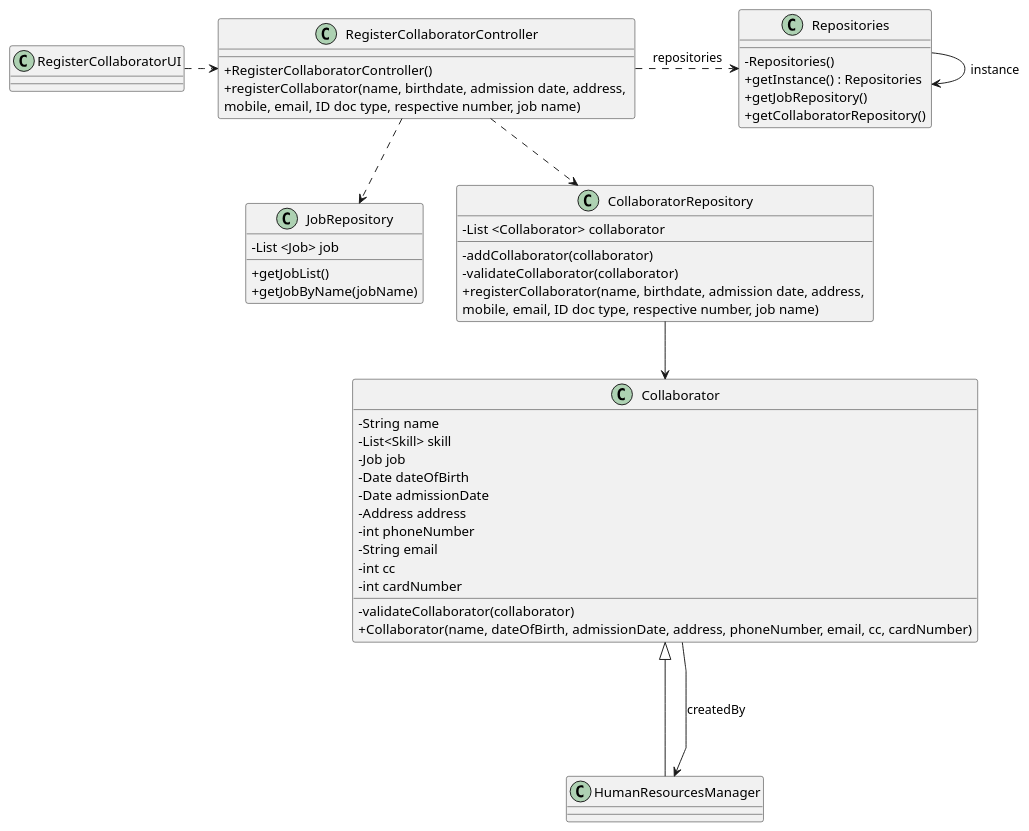
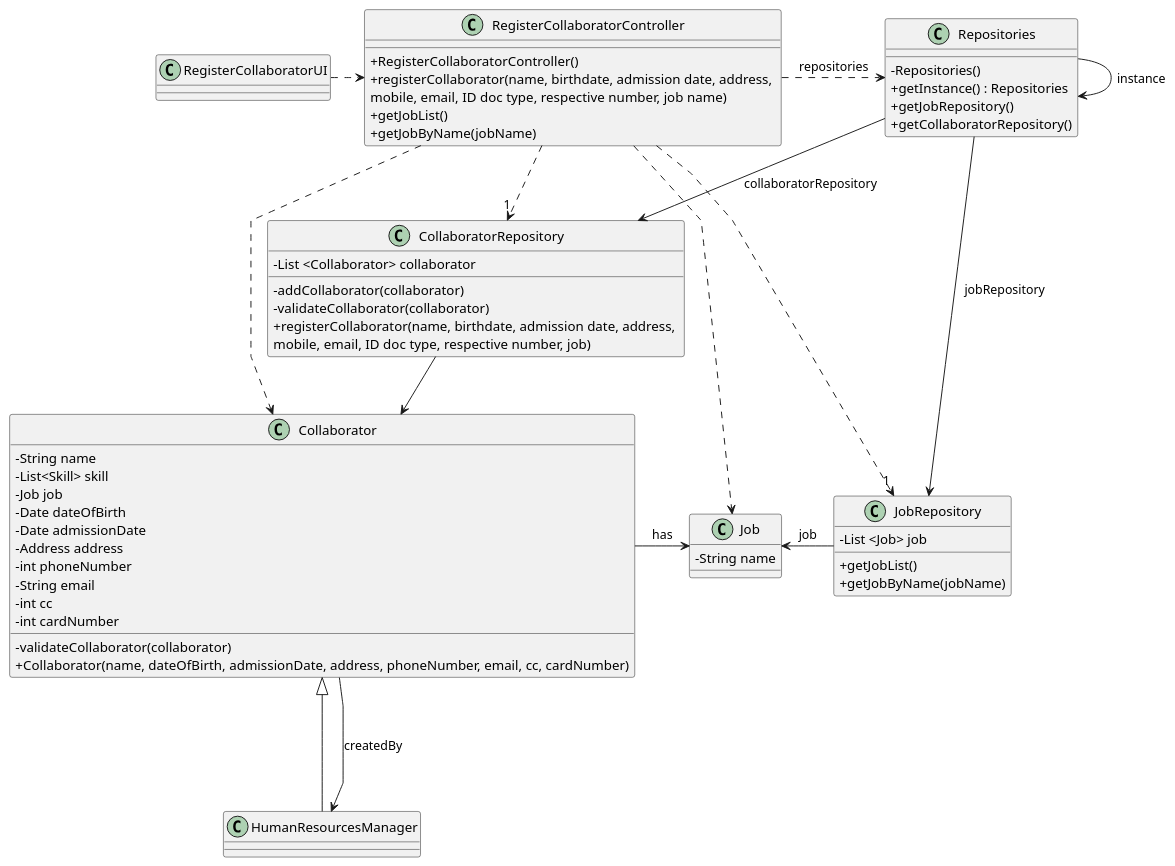
Before and after one commit to Departamento-de-Engenharia-Informatica/lei-24-s2-1db-g022: the diagram in docs/sprint2/us03/03.design/puml/us03-class-diagram.puml, drawn with PlantUML. The commit also changed 15 other files, not shown here.

```diff
--- a/docs/sprint2/us03/03.design/puml/us03-class-diagram.puml
+++ b/docs/sprint2/us03/03.design/puml/us03-class-diagram.puml
@@ -1,77 +1,91 @@
 @startuml
 'skinparam monochrome true
 skinparam packageStyle rectangle
 skinparam shadowing false
 skinparam linetype polyline
 'skinparam linetype orto
 
 skinparam classAttributeIconSize 0
 
 'left to right direction
 
 
 class RegisterCollaboratorController {
 
     + RegisterCollaboratorController()
     + registerCollaborator(name, birthdate, admission date, address, \nmobile, email, ID doc type, respective number, job name)
+    + getJobList()
+    + getJobByName(jobName)
 }
 
 class RegisterCollaboratorUI {
 }
 
 class Collaborator {
     -String name
     -List<Skill> skill
     -Job job
     -Date dateOfBirth
     -Date admissionDate
     -Address address
     -int phoneNumber
     -String email
     -int cc
     -int cardNumber
 
     - validateCollaborator(collaborator)
     + Collaborator(name, dateOfBirth, admissionDate, address, phoneNumber, email, cc, cardNumber)
 }
 
 class HumanResourcesManager {
 }
 
 class Repositories {
 
     - Repositories()
     + getInstance() : Repositories
     + getJobRepository()
     + getCollaboratorRepository()
 }
 
 class JobRepository {
     - List <Job> job
 
     + getJobList()
     + getJobByName(jobName)
 }
 
 class CollaboratorRepository {
     - List <Collaborator> collaborator
 
     - addCollaborator(collaborator)
     - validateCollaborator(collaborator)
-    + registerCollaborator(name, birthdate, admission date, address, \nmobile, email, ID doc type, respective number, job name)
+    + registerCollaborator(name, birthdate, admission date, address, \nmobile, email, ID doc type, respective number, job)
 }
+
+class Job {
+    -String name
+}
+
 Collaborator  <|---  HumanResourcesManager
+Collaborator  -> Job : has
 
 HumanResourcesManager <--  Collaborator: createdBy
 
 RegisterCollaboratorController .> Repositories : repositories
-RegisterCollaboratorController ..> JobRepository
-RegisterCollaboratorController ..> CollaboratorRepository
+RegisterCollaboratorController ..> "1" JobRepository
+RegisterCollaboratorController ..> "1" CollaboratorRepository
+RegisterCollaboratorController ..> Collaborator
+RegisterCollaboratorController ..> Job
 
 RegisterCollaboratorUI .> RegisterCollaboratorController
 
 Repositories -> Repositories : instance
+Repositories -> JobRepository : jobRepository
+Repositories --> CollaboratorRepository : collaboratorRepository
 
 CollaboratorRepository --> Collaborator
 
+Job <- JobRepository : job
+
 @enduml
```
